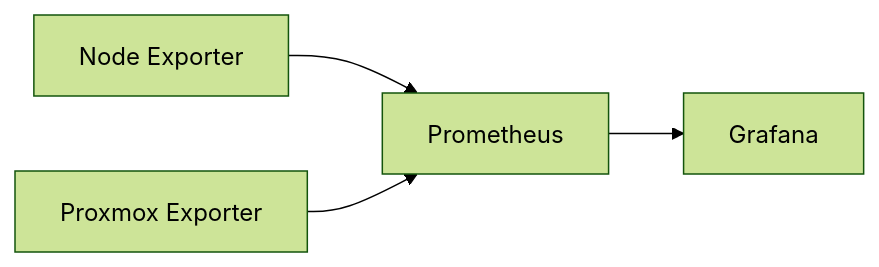
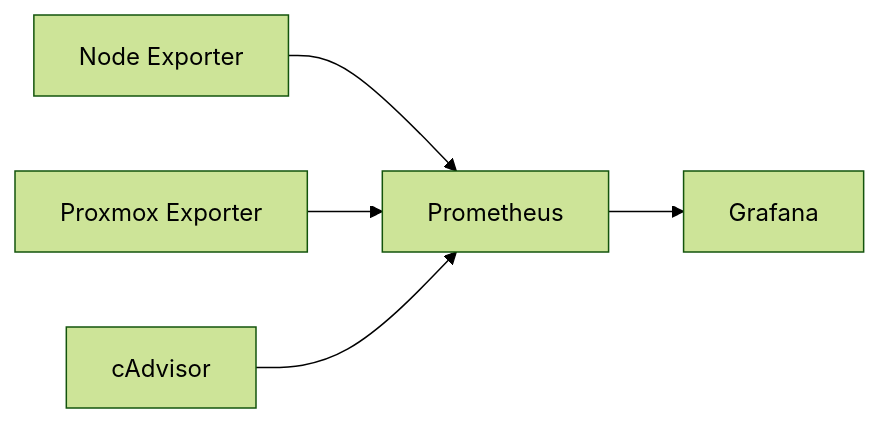
The second of 6 diagrams in docs/architecture.md (SwapnajXD/HomeLab), drawn with Mermaid (forest theme) before and after one commit. The commit also changed other lines of this file and 16 other files, not shown here.

````diff
--- a/docs/architecture.md
+++ b/docs/architecture.md
@@ -179,6 +193,7 @@
 ```mermaid
 flowchart LR
     NE[Node Exporter] --> PROM[Prometheus]
     PE[Proxmox Exporter] --> PROM
+    CA[cAdvisor] --> PROM
     PROM --> GRAF[Grafana]
 ```
````
